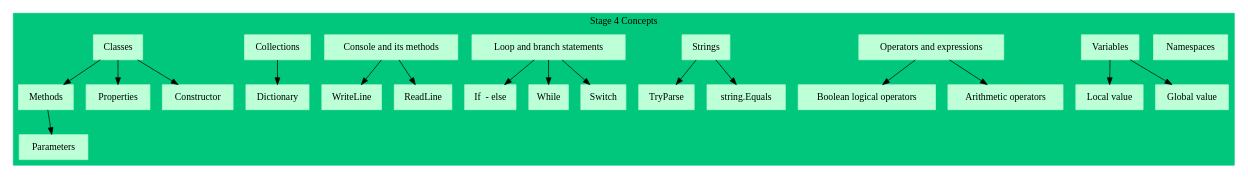
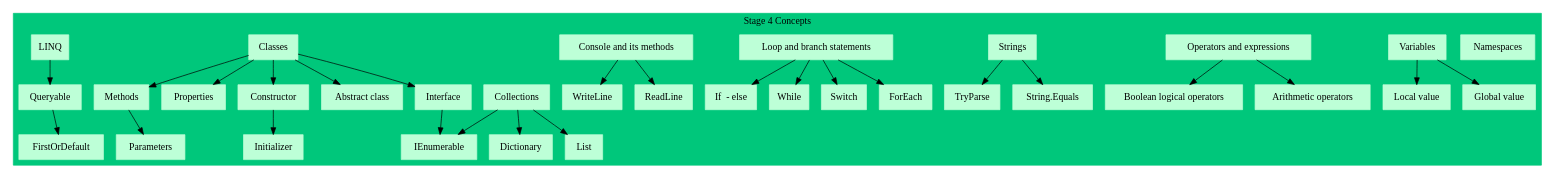
One commit to WildGums/TrainingProgram changed the diagram in modules/CoffeeMachine/Stage 4/ConceptsMapStage4.dot. Above: the diagram before and after it, drawn with Graphviz. The commit also changed 15 other files, not shown here.

```diff
--- a/modules/CoffeeMachine/Stage 4/ConceptsMapStage4.dot
+++ b/modules/CoffeeMachine/Stage 4/ConceptsMapStage4.dot
@@ -1,43 +1,52 @@
 
 digraph ConceptsMap {
 
 	subgraph cluster_0 {
 		style=filled;
 		color="#00c77b";
         
 		node [style = filled color = "#bdffd7" shape = box] Namespaces;
         node [] Variables;
 		node [] "Operators and expressions";
 		node [] Strings;
         node [] "Loop and branch statements";
 		node [] "Console and its methods"; 
 		node [] Collections;
         node [] Classes;
 
+		LINQ -> Queryable -> FirstOrDefault;
+
         Classes -> Methods -> Parameters;
 		Classes -> Properties;
-		Classes -> Constructor;
+		Classes -> Constructor -> Initializer;
+		Classes -> "Abstract class";
+		Classes -> Interface;
+
+		Interface -> IEnumerable;
 
 		Collections -> Dictionary;
+		Collections -> List;
+		Collections -> IEnumerable;
 
 		"Console and its methods" -> "WriteLine";
 		"Console and its methods" -> "ReadLine";
 
 		"Loop and branch statements" -> "If  - else"
 		"Loop and branch statements" -> "While";
 		"Loop and branch statements" -> "Switch";
+		"Loop and branch statements" -> ForEach;
 
 		"Operators and expressions" -> "Boolean logical operators";
 		"Operators and expressions" -> "Arithmetic operators";
 
 		Variables -> "Local value";
 		Variables -> "Global value";
 
 		Strings -> TryParse;
-		Strings -> "string.Equals";
+		Strings -> "String.Equals";
 
 		
 		label = "Stage 4 Concepts";
 	}
 
 }
```
